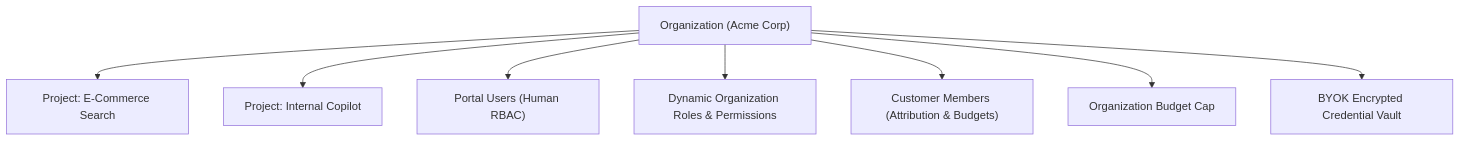
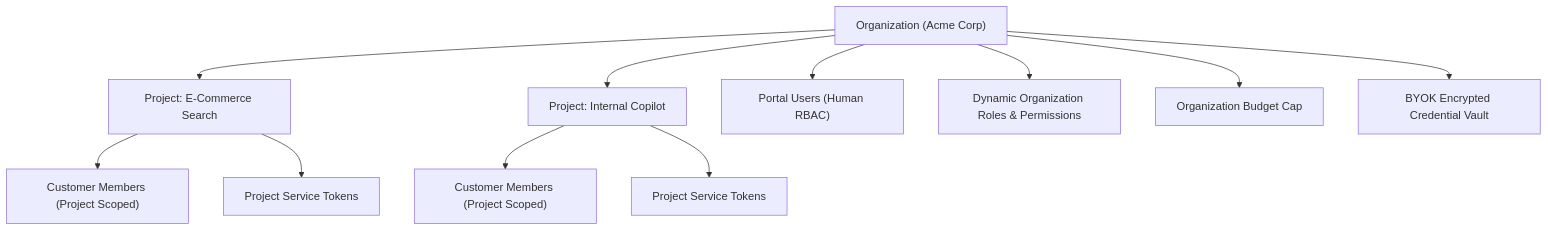
The diagram in docs/concepts/organizations.md (bhakha-services/naagmani-docs), drawn with Mermaid before and after one commit. The commit also changed other lines of this file and 18 other files, not shown here.

````diff
--- a/docs/concepts/organizations.md
+++ b/docs/concepts/organizations.md
@@ -5,11 +5,15 @@
 ```mermaid
 graph TD
     Org["Organization (Acme Corp)"]
     Org --> P1["Project: E-Commerce Search"]
     Org --> P2["Project: Internal Copilot"]
     Org --> PortalUsers["Portal Users (Human RBAC)"]
     Org --> Roles["Dynamic Organization Roles & Permissions"]
-    Org --> CustomerMembers["Customer Members (Attribution & Budgets)"]
     Org --> Bgt["Organization Budget Cap"]
     Org --> Vault["BYOK Encrypted Credential Vault"]
+    
+    P1 --> CM1["Customer Members (Project Scoped)"]
+    P1 --> PST1["Project Service Tokens"]
+    P2 --> CM2["Customer Members (Project Scoped)"]
+    P2 --> PST2["Project Service Tokens"]
 ```
````
